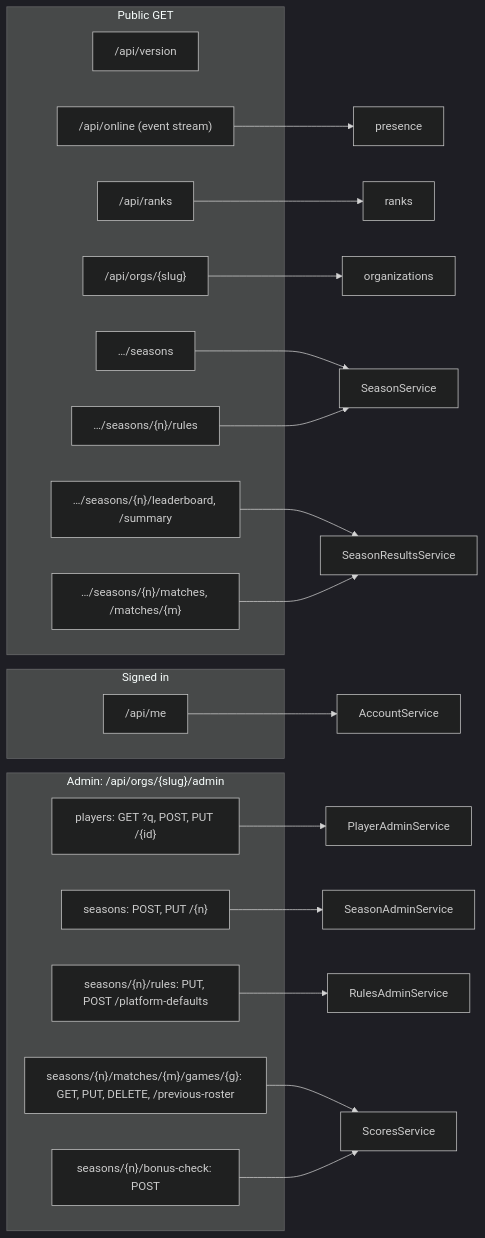
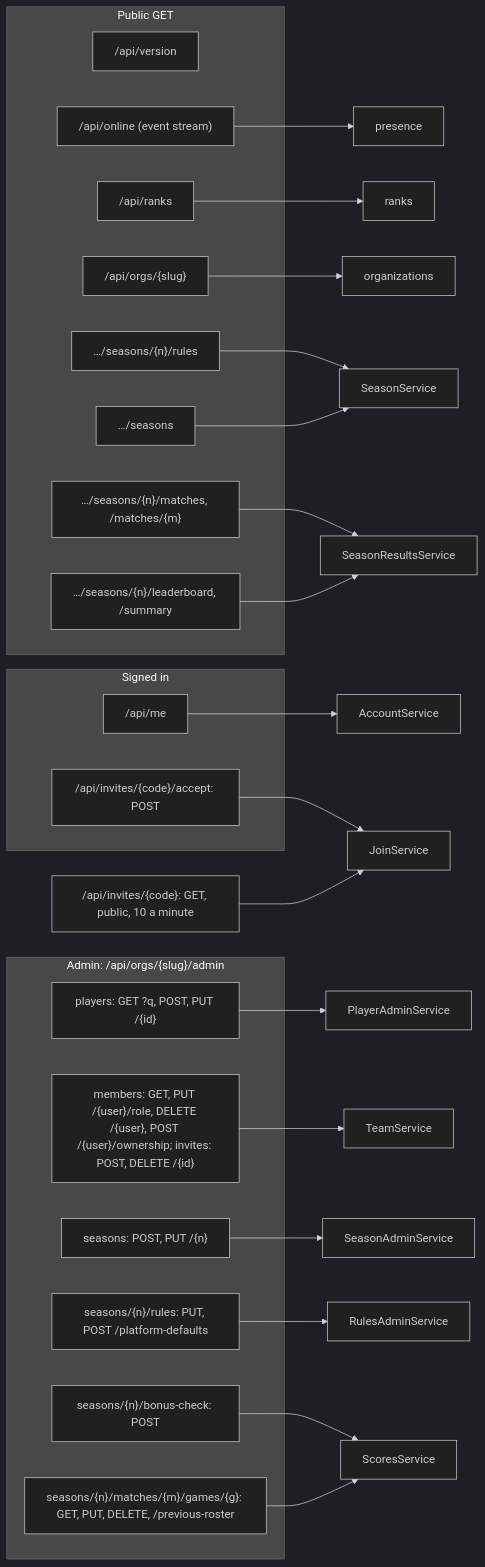
Before and after one commit to irmahs-labs/tournament-leaderboard: the fourth of 7 diagrams in docs/context-graph.md, drawn with Mermaid (dark theme). The commit also changed other lines of this file and 15 other files, not shown here.

First line of the commit message:
feat: the Members screen and the join page

````diff
--- a/docs/context-graph.md
+++ b/docs/context-graph.md
@@ -84,33 +88,38 @@
 ```mermaid
 flowchart LR
     subgraph public[Public GET]
         v["/api/version"]
         on["/api/online (event stream)"]
         r["/api/ranks"]
         o["/api/orgs/{slug}"]
         sl["…/seasons"]
         sr["…/seasons/{n}/rules"]
         lb["…/seasons/{n}/leaderboard, /summary"]
         ml["…/seasons/{n}/matches, /matches/{m}"]
     end
     subgraph signedin[Signed in]
         me["/api/me"]
+        acc["/api/invites/{code}/accept: POST"]
     end
+    jv["/api/invites/{code}: GET, public, 10 a minute"]
     subgraph admin["Admin: /api/orgs/{slug}/admin"]
         ap["players: GET ?q, POST, PUT /{id}"]
+        tm["members: GET, PUT /{user}/role, DELETE /{user}, POST /{user}/ownership; invites: POST, DELETE /{id}"]
         as["seasons: POST, PUT /{n}"]
         ru["seasons/{n}/rules: PUT, POST /platform-defaults"]
         sc["seasons/{n}/matches/{m}/games/{g}: GET, PUT, DELETE, /previous-roster"]
         bc["seasons/{n}/bonus-check: POST"]
     end
     r --> ranks
     on --> presence
     o --> organizations
     sl & sr --> SeasonService
     lb & ml --> SeasonResultsService
     me --> AccountService
+    tm --> TeamService
+    jv & acc --> JoinService
     ap --> PlayerAdminService
     as --> SeasonAdminService
     sc & bc --> ScoresService
     ru --> RulesAdminService
 ```
````
